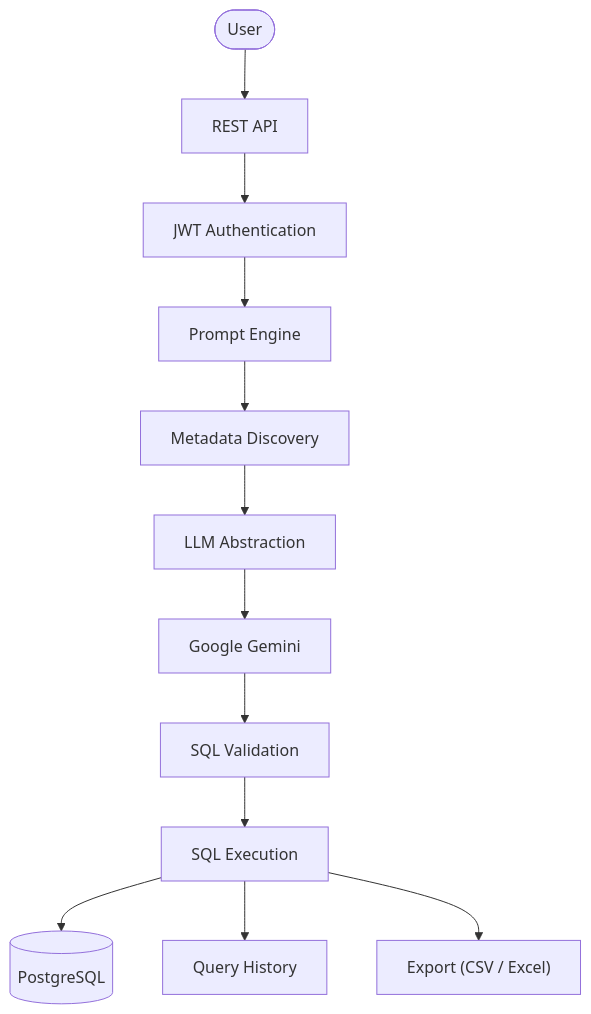
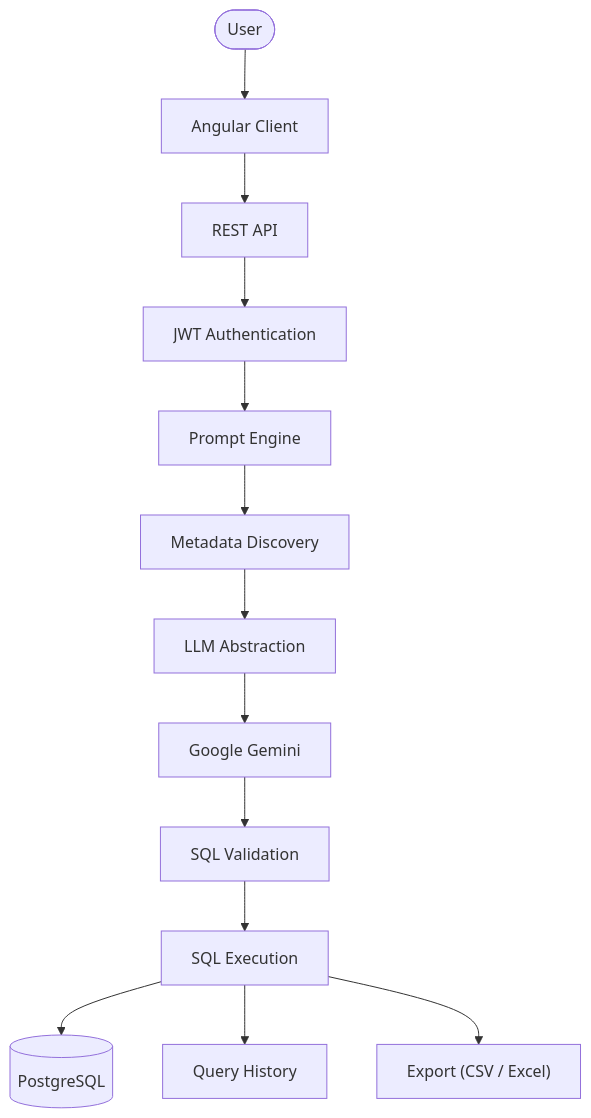
Before and after one commit to the-illuminatus/QueryPilot-DataEngineering: the first of 3 diagrams in README.md, drawn with Mermaid. The commit also changed other lines of this file, not shown here.

````diff
--- a/README.md
+++ b/README.md
@@ -81,14 +153,15 @@
 ```mermaid
 flowchart TD
-    User([User]) --> API[REST API]
+    User([User]) --> Frontend[Angular Client]
+    Frontend --> API[REST API]
     API --> JWT[JWT Authentication]
     JWT --> Prompt[Prompt Engine]
     Prompt --> Metadata[Metadata Discovery]
     Metadata --> LLM[LLM Abstraction]
     LLM --> Gemini[Google Gemini]
     Gemini --> Validator[SQL Validation]
     Validator --> Execution[SQL Execution]
     Execution --> DB[(PostgreSQL)]
     Execution --> History[Query History]
     Execution --> Export["Export (CSV / Excel)"]
 ```
````
